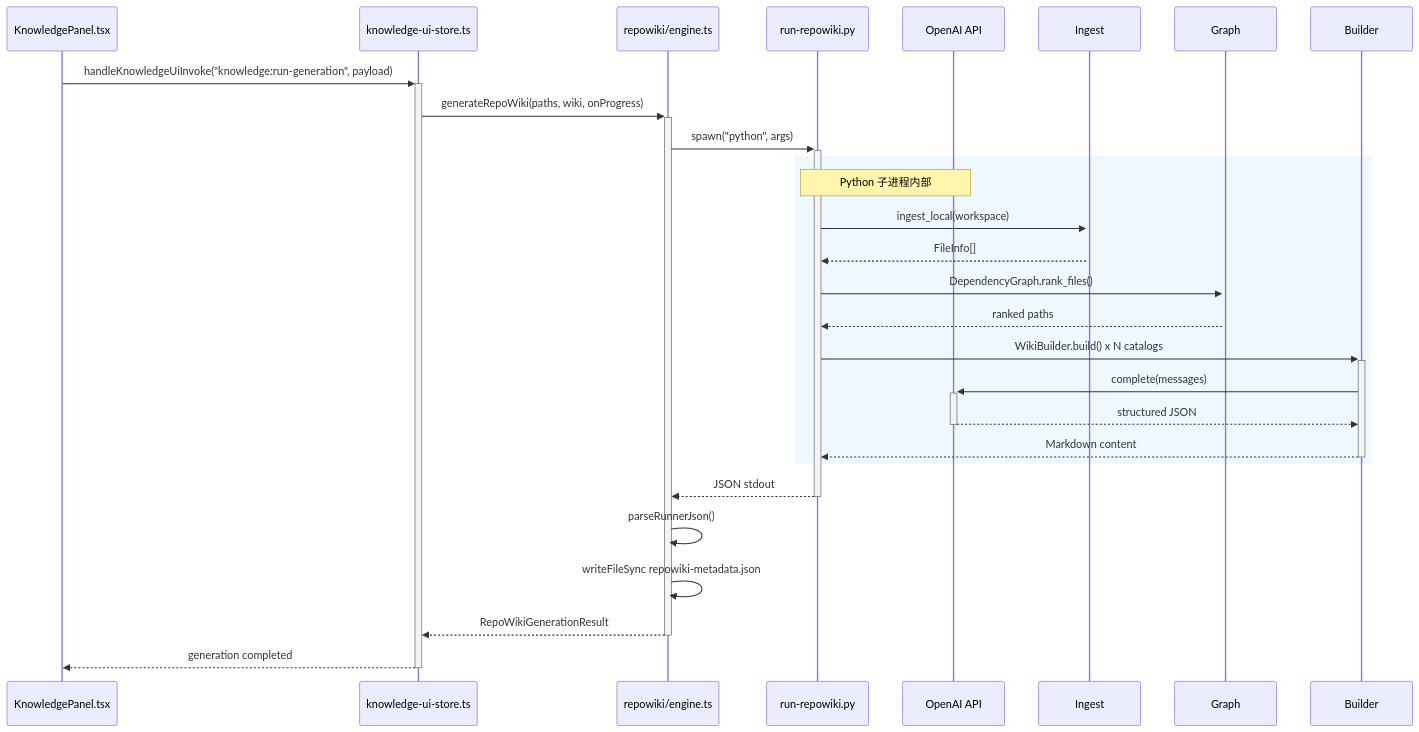
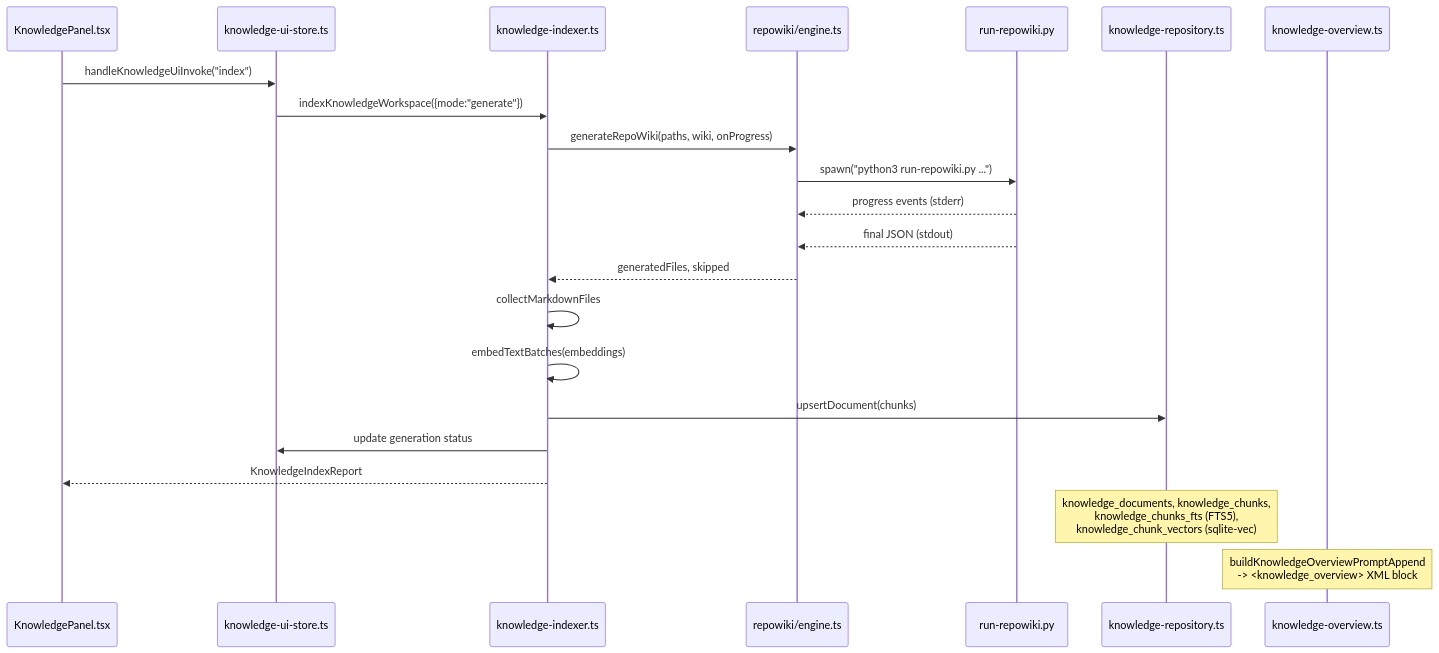
The second of 2 diagrams in .tech/repowiki/zh/content/核心模块规格/知识库后端引擎总览/Repo Wiki Python Runner.md (lst016/tech-cc-hub), drawn with Mermaid before and after one commit. The commit also changed other lines of this file and 195 other files, not shown here.

Commit message:
feat: deepen repowiki generation

````diff
--- a/.tech/repowiki/zh/content/核心模块规格/知识库后端引擎总览/Repo Wiki Python Runner.md
+++ b/.tech/repowiki/zh/content/核心模块规格/知识库后端引擎总览/Repo Wiki Python Runner.md
@@ -108,30 +262,26 @@
 ```mermaid
 sequenceDiagram
     participant UI as KnowledgePanel.tsx
     participant Store as knowledge-ui-store.ts
+    participant Indexer as knowledge-indexer.ts
     participant Engine as repowiki/engine.ts
-    participant RPW as run-repowiki.py
-    participant LLM as OpenAI API
+    participant Python as run-repowiki.py
+    participant Repo as knowledge-repository.ts
+    participant Overview as knowledge-overview.ts
 
-    UI->>+Store: handleKnowledgeUiInvoke("knowledge:run-generation", payload)
-    Store->>+Engine: generateRepoWiki(paths, wiki, onProgress)
-    Engine->>+RPW: spawn("python", args)
+    UI->>Store: handleKnowledgeUiInvoke("index")
+    Store->>Indexer: indexKnowledgeWorkspace({mode:"generate"})
+    Indexer->>Engine: generateRepoWiki(paths, wiki, onProgress)
+    Engine->>Python: spawn("python3 run-repowiki.py ...")
+    Python-->>Engine: progress events (stderr)
+    Python-->>Engine: final JSON (stdout)
+    Engine-->>Indexer: generatedFiles, skipped
+    Indexer->>Indexer: collectMarkdownFiles
+    Indexer->>Indexer: embedTextBatches(embeddings)
+    Indexer->>Repo: upsertDocument(chunks)
+    Indexer->>Store: update generation status
+    Indexer-->>UI: KnowledgeIndexReport
 
-    rect rgb(240, 248, 255)
-        Note over RPW,LLM: Python 子进程内部
-        RPW->>+Ingest: ingest_local(workspace)
-        Ingest-->>RPW: FileInfo[]
-        RPW->>+Graph: DependencyGraph.rank_files()
-        Graph-->>RPW: ranked paths
-        RPW->>+Builder: WikiBuilder.build() x N catalogs
-        Builder->>+LLM: complete(messages)
-        LLM-->>-Builder: structured JSON
-        Builder-->>-RPW: Markdown content
-    end
-
-    RPW-->>-Engine: JSON stdout
-    Engine->>Engine: parseRunnerJson()
-    Engine->>Engine: writeFileSync repowiki-metadata.json
-    Engine-->>-Store: RepoWikiGenerationResult
-    Store-->>-UI: generation completed
+    Note over Repo: knowledge_documents, knowledge_chunks,<br/>knowledge_chunks_fts (FTS5),<br/>knowledge_chunk_vectors (sqlite-vec)
+    Note over Overview: buildKnowledgeOverviewPromptAppend<br/>-> <knowledge_overview> XML block
 ```
````
